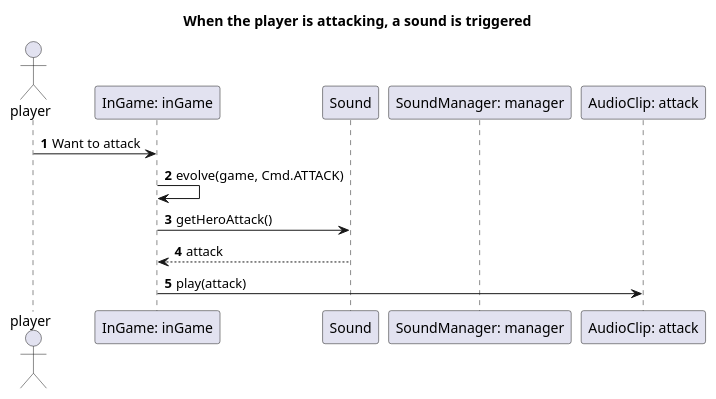
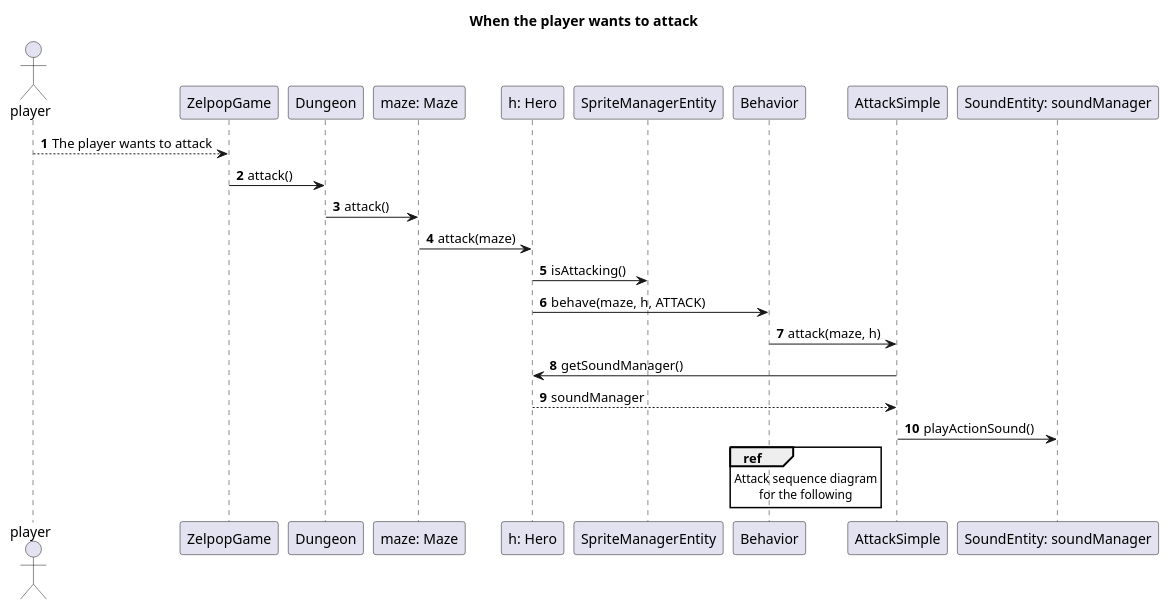
One commit to Reynault/ACL_2019_Zelpop changed the diagram in doc/4_sprint/diagrams/puml/sequences/soundWhenAttacking.puml. Above: the diagram before and after it, drawn with PlantUML. The commit also changed 2 other files, not shown here.

Commit message:
Third sprint: modifying sound conception

```diff
--- a/doc/4_sprint/diagrams/puml/sequences/soundWhenAttacking.puml
+++ b/doc/4_sprint/diagrams/puml/sequences/soundWhenAttacking.puml
@@ -1,24 +1,43 @@
 @startuml
 
-title When the player is attacking, a sound is triggered
+title When the player wants to attack
 autonumber
 
 actor player
 
-participant "InGame: inGame" as g
-participant "Sound" as s
-participant "SoundManager: manager" as sound
-participant "AudioClip: attack" as a
-
-player -> g: Want to attack
-
-g -> g: evolve(game, Cmd.ATTACK)
-
-g -> s: getHeroAttack()
-
-s --> g: attack
-
-g -> a : play(attack)
+participant ZelpopGame as z
+participant Dungeon as d
+participant "maze: Maze" as m
+participant "h: Hero" as h
+participant "SpriteManagerEntity" as sme
+participant Behavior as b
+participant AttackSimple as as
+participant "SoundEntity: soundManager" as s
 
 
+player --> z: The player wants to attack
+
+z -> d: attack()
+
+d -> m: attack()
+
+m -> h: attack(maze)
+
+h -> sme: isAttacking()
+
+h -> b: behave(maze, h, ATTACK)
+
+b -> as: attack(maze, h)
+
+as -> h: getSoundManager()
+
+h --> as: soundManager
+
+as -> s: playActionSound()
+
+ref over b
+    Attack sequence diagram
+    for the following
+end ref
+
 @enduml
```
